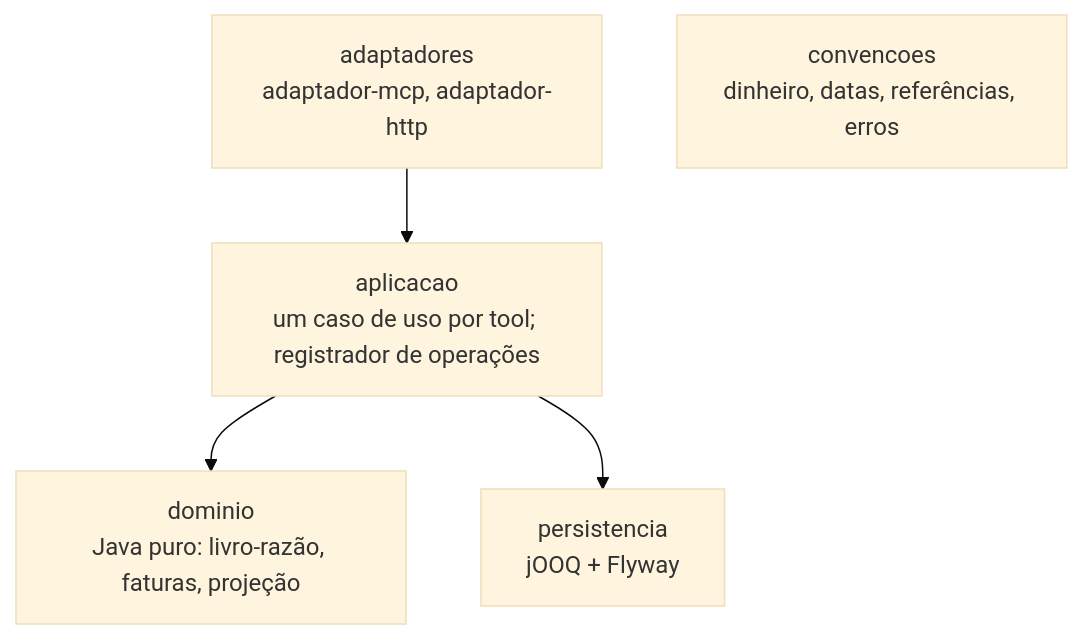
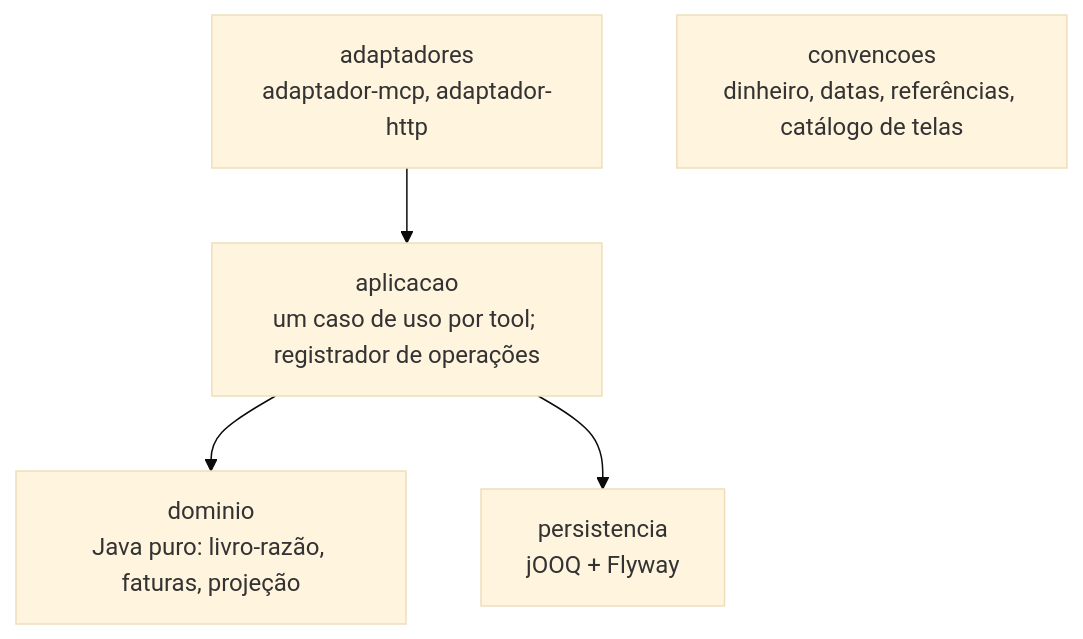
One commit to gresendesa/alicerce-financas changed the third of 3 diagrams in README.md. Above: the diagram before and after it, drawn with Mermaid (base theme). The commit also changed other lines of this file, not shown here.

````diff
--- a/README.md
+++ b/README.md
@@ -84,7 +181,7 @@
 ```mermaid
 flowchart TB
     adaptadores["adaptadores<br/>adaptador-mcp, adaptador-http"] --> aplicacao["aplicacao<br/>um caso de uso por tool; registrador de operações"]
     aplicacao --> dominio["dominio<br/>Java puro: livro-razão, faturas, projeção"]
     aplicacao --> persistencia["persistencia<br/>jOOQ + Flyway"]
-    convencoes["convencoes<br/>dinheiro, datas, referências, erros"]
+    convencoes["convencoes<br/>dinheiro, datas, referências, catálogo de telas"]
 ```
````
